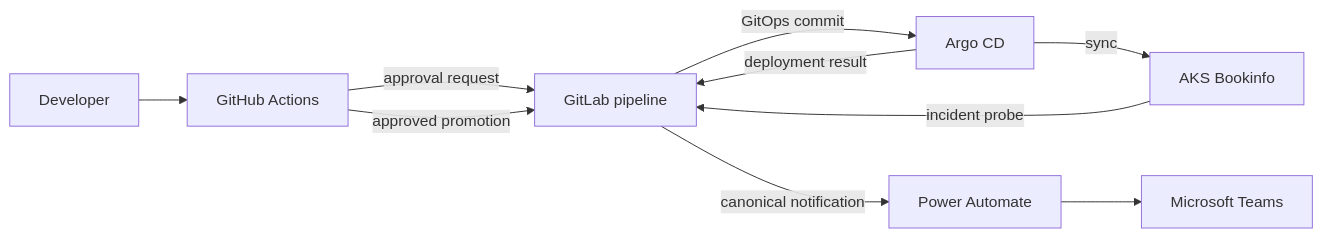
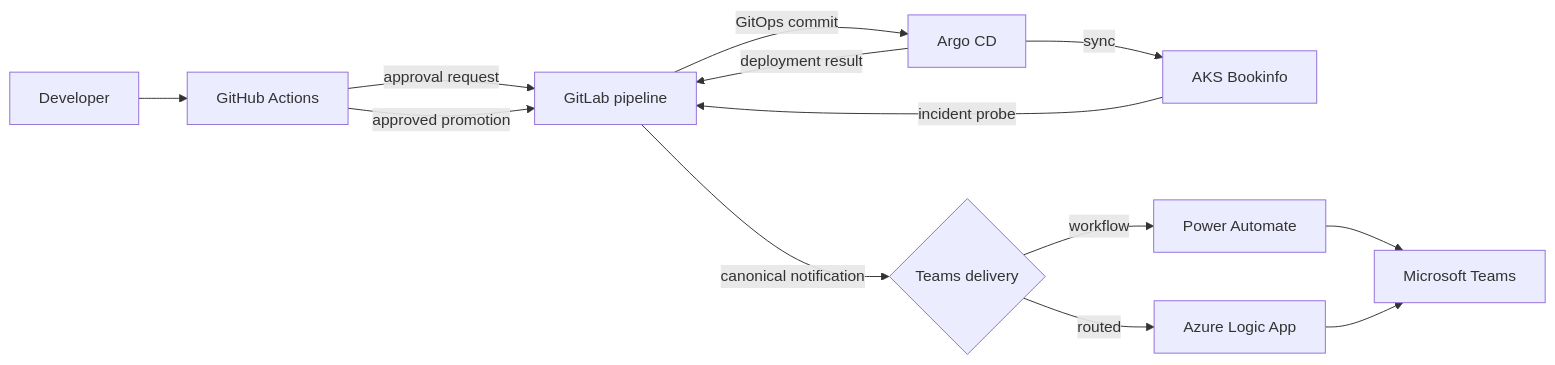
One commit to dotnetpower/pyhookkit changed the diagram in docs/integrated-bookinfo-scenario.md. Above: the diagram before and after it, drawn with Mermaid. The commit also changed other lines of this file and 23 other files, not shown here.

First line of the commit message:
feat: add selectable Logic App Teams delivery

````diff
--- a/docs/integrated-bookinfo-scenario.md
+++ b/docs/integrated-bookinfo-scenario.md
@@ -13,12 +13,15 @@
 ```mermaid
 flowchart LR
     developer[Developer] --> github[GitHub Actions]
     github -->|approval request| gitlab[GitLab pipeline]
     github -->|approved promotion| gitlab
     gitlab -->|GitOps commit| argocd[Argo CD]
     argocd -->|sync| aks[AKS Bookinfo]
     argocd -->|deployment result| gitlab
     aks -->|incident probe| gitlab
-    gitlab -->|canonical notification| power[Power Automate]
+    gitlab -->|canonical notification| delivery{Teams delivery}
+    delivery -->|workflow| power[Power Automate]
+    delivery -->|routed| logic[Azure Logic App]
     power --> teams[Microsoft Teams]
+    logic --> teams
 ```
````
